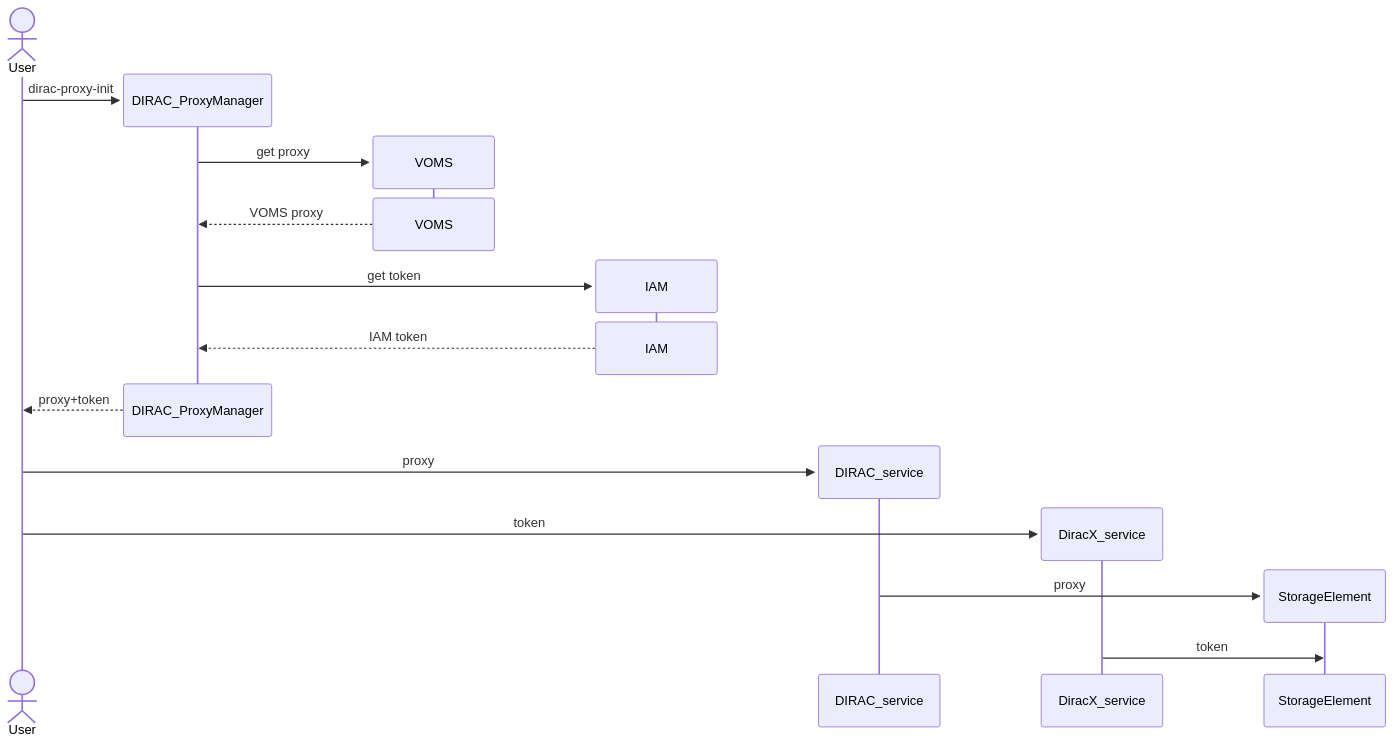
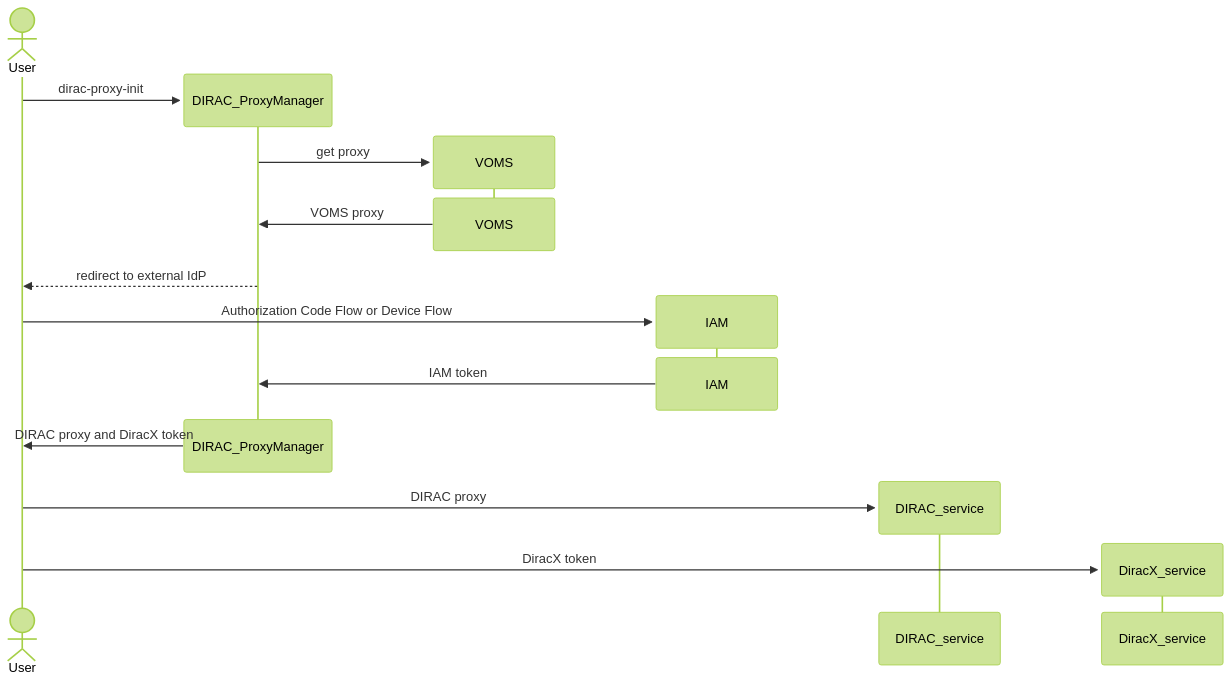
Before and after one commit to Soap2G/atlas-opendata-infrastructure: the fifth of 7 diagrams in slides.md, drawn with Mermaid. The commit also changed other lines of this file and 1 other file, not shown here.

````diff
--- a/slides.md
+++ b/slides.md
@@ -511,23 +522,24 @@
-```mermaid {theme: 'neutral', scale: 0.4}
+```mermaid {theme: 'neutral', scale: 0.5}
+%%{init: { "theme": "forest" } }%%
 sequenceDiagram
     create actor U as User
     create participant DIRAC_ProxyManager
     U->>DIRAC_ProxyManager: dirac-proxy-init
     create participant VOMS
     DIRAC_ProxyManager->>VOMS: get proxy
     destroy VOMS
-    VOMS-->>DIRAC_ProxyManager: VOMS proxy
+    VOMS->>DIRAC_ProxyManager: VOMS proxy
+    DIRAC_ProxyManager-->>U: redirect to external IdP
     create participant IAM
-    DIRAC_ProxyManager->>IAM : get token
+    U->>IAM: Authorization Code Flow or Device Flow
     destroy IAM
-    IAM-->>DIRAC_ProxyManager: IAM token
+    IAM->>DIRAC_ProxyManager: IAM token
     destroy DIRAC_ProxyManager
-    DIRAC_ProxyManager-->>U: proxy+token
+    DIRAC_ProxyManager->>U: DIRAC proxy and DiracX token
     create participant DIRAC_service
-    U->>DIRAC_service: proxy
+    U->>DIRAC_service: DIRAC proxy
+    destroy DIRAC_service
     create participant DiracX_service
-    U->>DiracX_service: token
-    create participant StorageElement
-    DIRAC_service->>StorageElement: proxy
-    DiracX_service->>StorageElement: token
+    U->>DiracX_service: DiracX token
+    destroy DiracX_service
 ```
````
